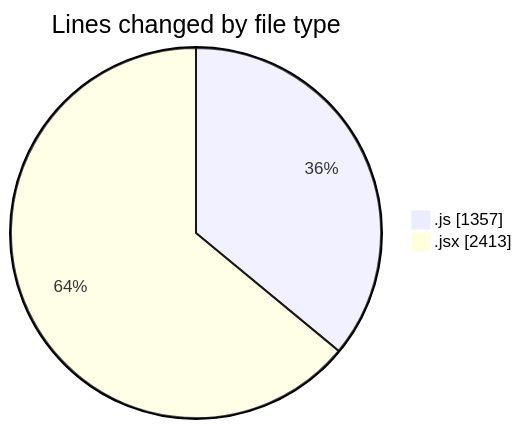
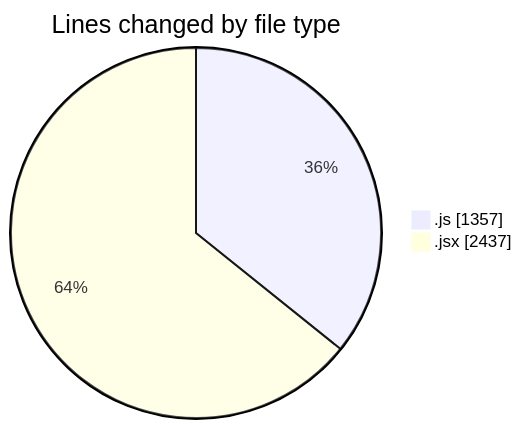
The first of 2 diagrams in 2025-08-05/nxtqube_webapp/README.md (nxtqubesakshisongat/code-tracking), drawn with Mermaid before and after one commit. The commit also changed other lines of this file and 1 other file, not shown here.

````diff
--- a/2025-08-05/nxtqube_webapp/README.md
+++ b/2025-08-05/nxtqube_webapp/README.md
@@ -27,6 +27,6 @@
 ```mermaid
 pie showData
 title Lines changed by file type
 ".js" : 1357
-".jsx" : 2413
+".jsx" : 2437
 ```
````
